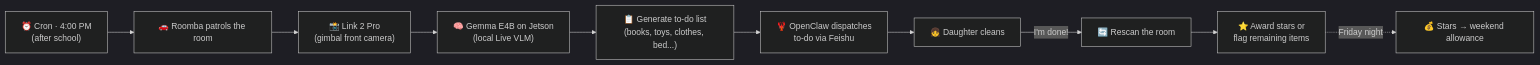
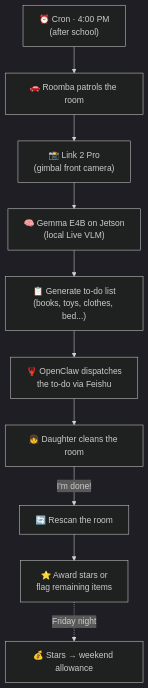
One commit to peterpanstechland/peterpanstechland.github.io changed the first of 2 diagrams in docs/hackathons/2026/roomba-vllm.md. Above: the diagram before and after it, drawn with Mermaid (dark theme). The commit also changed 1 other file, not shown here.

Commit message:
docs(roomba-vllm): switch daily-loop diagram to flowchart TB for legibility
The 9-node daily loop was rendering as a single horizontal strip on most
viewports — text became unreadable. Switching to flowchart TB lets each
node take its natural width on a vertical axis. EN and ZH in lockstep.

Made-with: Cursor

````diff
--- a/docs/hackathons/2026/roomba-vllm.md
+++ b/docs/hackathons/2026/roomba-vllm.md
@@ -95,12 +95,12 @@
 ```mermaid
-graph LR
+flowchart TB
     Cron["⏰ Cron · 4:00 PM<br/>(after school)"] --> Patrol["🚗 Roomba patrols the room"]
     Patrol --> Capture["📸 Link 2 Pro<br/>(gimbal front camera)"]
     Capture --> VLM["🧠 Gemma E4B on Jetson<br/>(local Live VLM)"]
     VLM --> Eval["📋 Generate to-do list<br/>(books, toys, clothes, bed...)"]
-    Eval --> OpenClaw["🦞 OpenClaw dispatches<br/>to-do via Feishu"]
-    OpenClaw --> Kid["👧 Daughter cleans"]
+    Eval --> OpenClaw["🦞 OpenClaw dispatches<br/>the to-do via Feishu"]
+    OpenClaw --> Kid["👧 Daughter cleans the room"]
     Kid -->|"I'm done!"| Rescan["🔄 Rescan the room"]
     Rescan --> Stars["⭐ Award stars or<br/>flag remaining items"]
     Stars -.->|"Friday night"| Allowance["💰 Stars → weekend allowance"]
 ```
````
